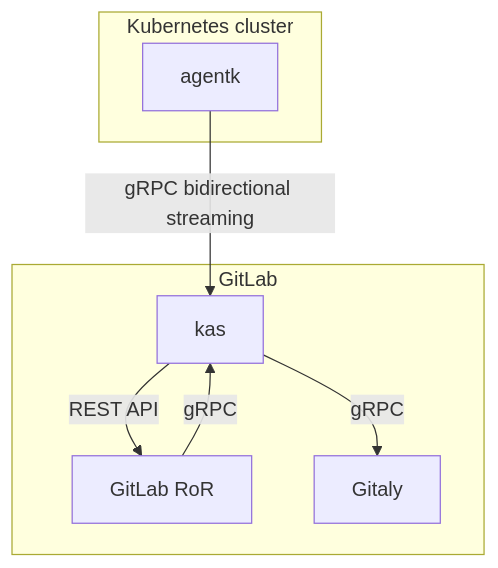
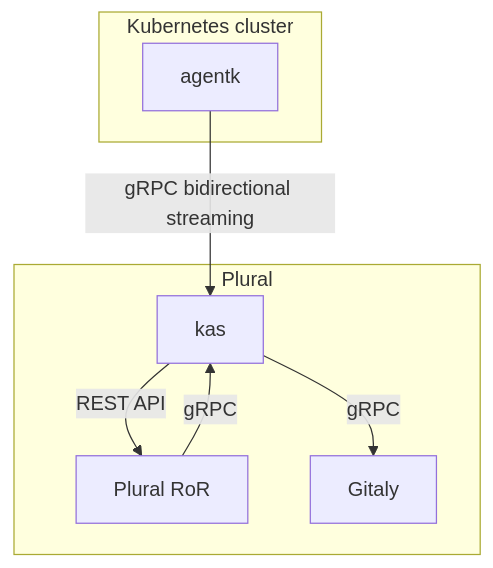
Before and after one commit to pluralsh/kubernetes-agent: the diagram in doc/architecture.md, drawn with Mermaid. The commit also changed other lines of this file and 31 other files, not shown here.

Commit message:
add audit logging to kas and replace most GitLab occurences with Plural

````diff
--- a/doc/architecture.md
+++ b/doc/architecture.md
@@ -36,15 +36,15 @@
 ```mermaid
 graph TB
   agentk -- gRPC bidirectional streaming --> kas
 
-  subgraph "GitLab"
+  subgraph "Plural"
   kas[kas]
-  GitLabRoR[GitLab RoR] -- gRPC --> kas
+  PluralRoR[Plural RoR] -- gRPC --> kas
   kas -- gRPC --> Gitaly[Gitaly]
-  kas -- REST API --> GitLabRoR
+  kas -- REST API --> PluralRoR
   end
 
   subgraph "Kubernetes cluster"
   agentk[agentk]
   end
 ```
````
